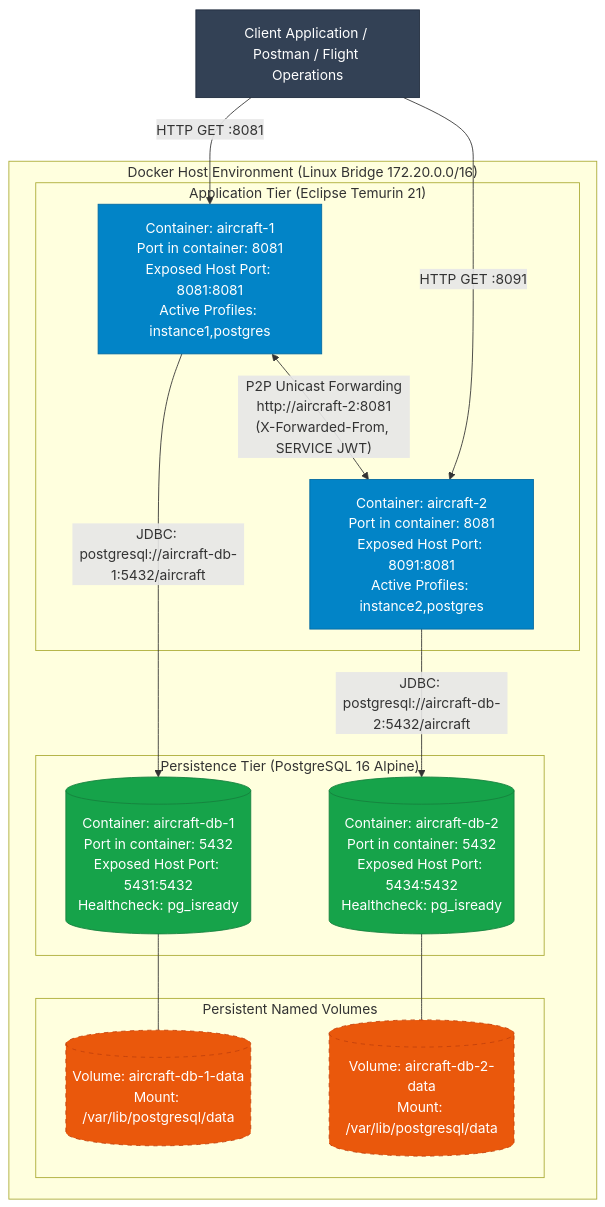
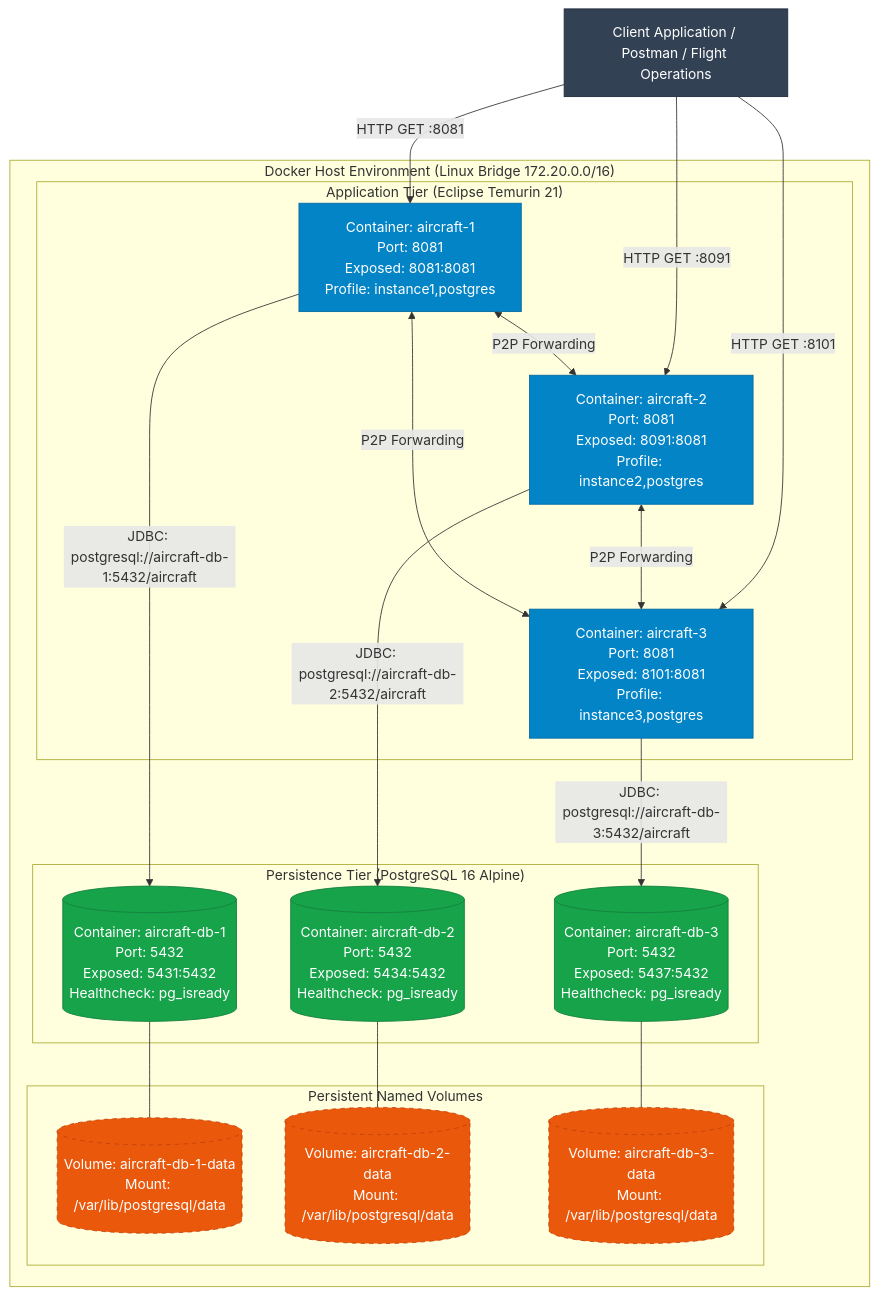
The fifth of 7 diagrams in docs/C4-Model.md (ImJay1527/aircraft-maintenance-service), drawn with Mermaid before and after one commit. The commit also changed other lines of this file and 1 other file, not shown here.

Commit message:
docs: align C4 and Deployment diagrams with 3-node cluster and databases

````diff
--- a/docs/C4-Model.md
+++ b/docs/C4-Model.md
@@ -218,38 +226,46 @@
 ```mermaid
 %% C4 Level 4 - Deployment Diagram
 flowchart TB
     classDef client fill:#334155,stroke:#1e293b,color:#fff;
     classDef app fill:#0284c7,stroke:#0369a1,color:#fff;
     classDef db fill:#16a34a,stroke:#15803d,color:#fff;
     classDef vol fill:#ea580c,stroke:#c2410c,color:#fff,stroke-dasharray: 5 5;
 
     clientNode["Client Application / Postman / Flight Operations"]:::client
 
     subgraph DockerHost["Docker Host Environment (Linux Bridge 172.20.0.0/16)"]
         subgraph AppCluster["Application Tier (Eclipse Temurin 21)"]
-            inst1["Container: aircraft-1<br/>Port in container: 8081<br/>Exposed Host Port: 8081:8081<br/>Active Profiles: instance1,postgres"]:::app
-            inst2["Container: aircraft-2<br/>Port in container: 8081<br/>Exposed Host Port: 8091:8081<br/>Active Profiles: instance2,postgres"]:::app
+            inst1["Container: aircraft-1<br/>Port: 8081<br/>Exposed: 8081:8081<br/>Profile: instance1,postgres"]:::app
+            inst2["Container: aircraft-2<br/>Port: 8081<br/>Exposed: 8091:8081<br/>Profile: instance2,postgres"]:::app
+            inst3["Container: aircraft-3<br/>Port: 8081<br/>Exposed: 8101:8081<br/>Profile: instance3,postgres"]:::app
         end
 
         subgraph DBCluster["Persistence Tier (PostgreSQL 16 Alpine)"]
-            db1[("Container: aircraft-db-1<br/>Port in container: 5432<br/>Exposed Host Port: 5431:5432<br/>Healthcheck: pg_isready")]:::db
-            db2[("Container: aircraft-db-2<br/>Port in container: 5432<br/>Exposed Host Port: 5434:5432<br/>Healthcheck: pg_isready")]:::db
+            db1[("Container: aircraft-db-1<br/>Port: 5432<br/>Exposed: 5431:5432<br/>Healthcheck: pg_isready")]:::db
+            db2[("Container: aircraft-db-2<br/>Port: 5432<br/>Exposed: 5434:5432<br/>Healthcheck: pg_isready")]:::db
+            db3[("Container: aircraft-db-3<br/>Port: 5432<br/>Exposed: 5437:5432<br/>Healthcheck: pg_isready")]:::db
         end
 
         subgraph VolumeTier["Persistent Named Volumes"]
             v1[("Volume: aircraft-db-1-data<br/>Mount: /var/lib/postgresql/data")]:::vol
             v2[("Volume: aircraft-db-2-data<br/>Mount: /var/lib/postgresql/data")]:::vol
+            v3[("Volume: aircraft-db-3-data<br/>Mount: /var/lib/postgresql/data")]:::vol
         end
     end
 
     clientNode -->|"HTTP GET :8081"| inst1
     clientNode -->|"HTTP GET :8091"| inst2
+    clientNode -->|"HTTP GET :8101"| inst3
 
-    inst1 <-->|"P2P Unicast Forwarding<br/>http://aircraft-2:8081<br/>(X-Forwarded-From, SERVICE JWT)"| inst2
+    inst1 <-->|"P2P Forwarding"| inst2
+    inst2 <-->|"P2P Forwarding"| inst3
+    inst1 <-->|"P2P Forwarding"| inst3
 
     inst1 -->|"JDBC: postgresql://aircraft-db-1:5432/aircraft"| db1
     inst2 -->|"JDBC: postgresql://aircraft-db-2:5432/aircraft"| db2
+    inst3 -->|"JDBC: postgresql://aircraft-db-3:5432/aircraft"| db3
 
     db1 --- v1
     db2 --- v2
+    db3 --- v3
 ```
````
